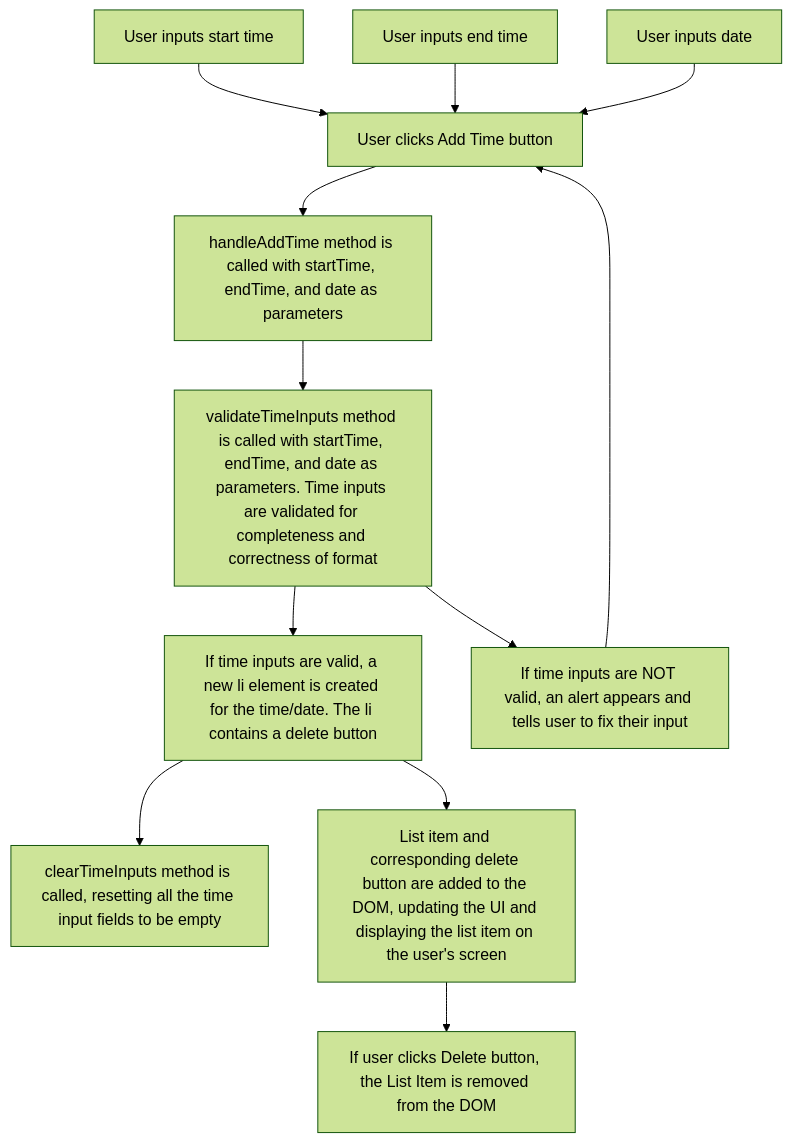
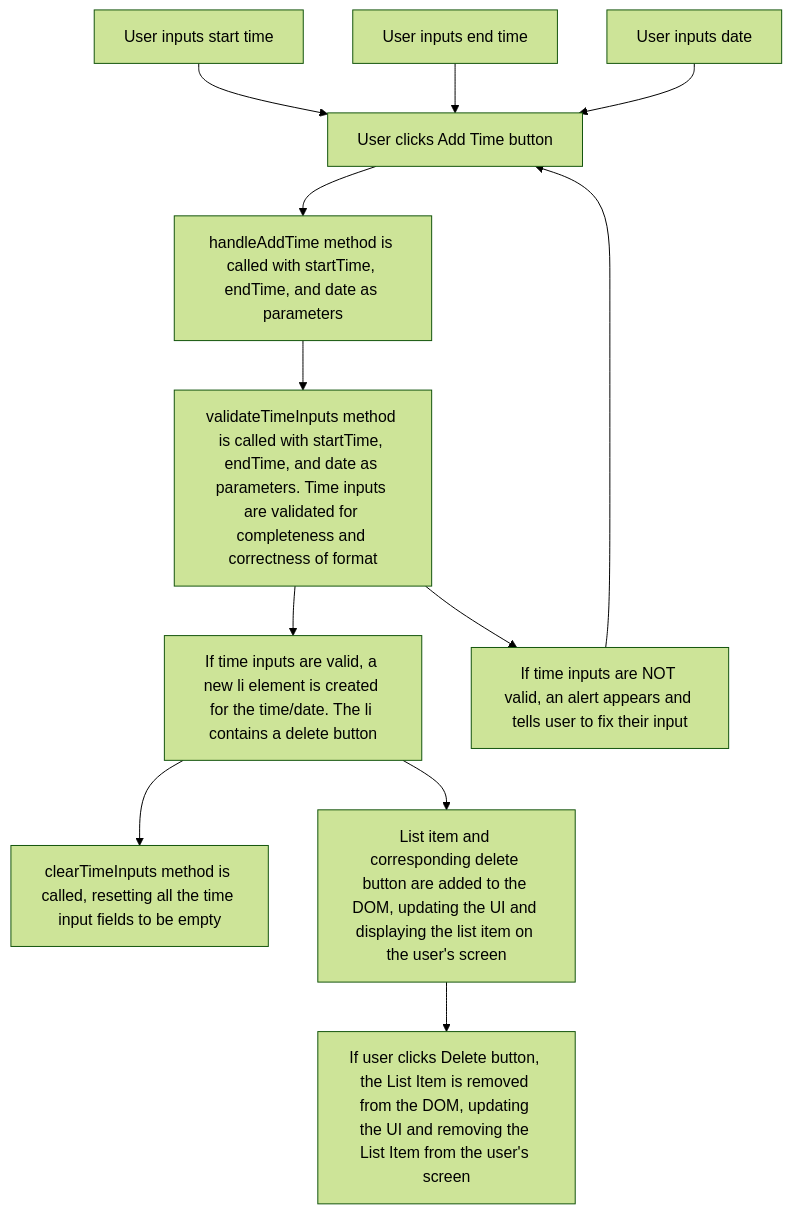
The diagram in team/m3/joshua-swaida/feature-sequence-diagram.md (alishasrivas/Coordin8), drawn with Mermaid (forest theme) before and after one commit.

Commit message:
Specified UI update in my feature-sequence-diagram.md

````diff
--- a/team/m3/joshua-swaida/feature-sequence-diagram.md
+++ b/team/m3/joshua-swaida/feature-sequence-diagram.md
@@ -3,14 +3,14 @@
 ```mermaid
 graph TD;
     A[User inputs start time]-->D[User clicks Add Time button];
     B[User inputs end time]-->D;
     C[User inputs date]-->D;
     D-->E[handleAddTime method is called with startTime, endTime, and date as parameters]
     E-->F[validateTimeInputs method is called with startTime, endTime, and date as parameters. Time inputs are validated for completeness and correctness of format]
     F-->G[If time inputs are valid, a new li element is created for the time/date. The li contains a delete button]
     F-->H[If time inputs are NOT valid, an alert appears and tells user to fix their input]
     H-->D
     G-->I[clearTimeInputs method is called, resetting all the time input fields to be empty]
     G-->J[List item and corresponding delete button are added to the DOM, updating the UI and displaying the list item on the user's screen]
-    J-->K[If user clicks Delete button, the List Item is removed from the DOM]
+    J-->K[If user clicks Delete button, the List Item is removed from the DOM, updating the UI and removing the List Item from the user's screen]
 ```
````
